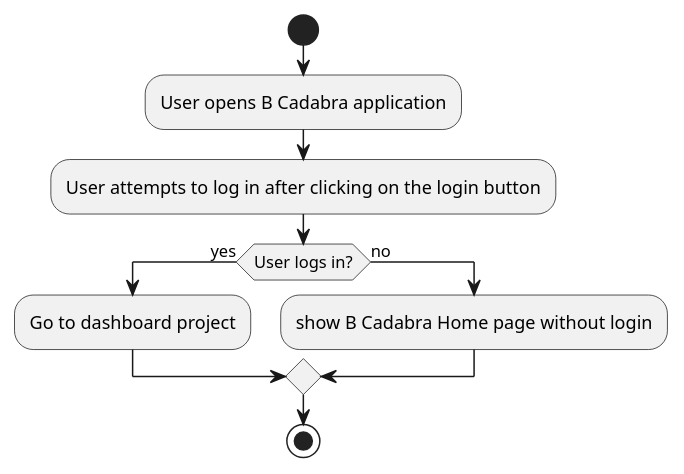
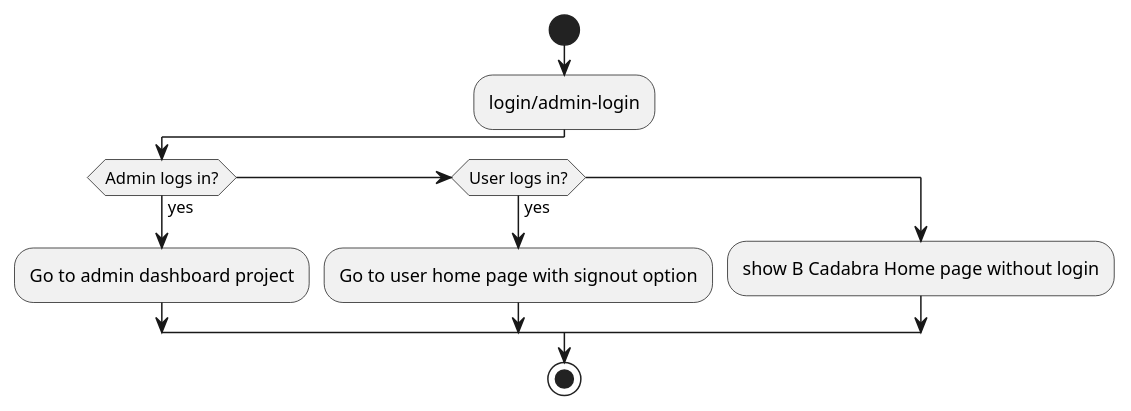
One commit to mkMohit1/Server changed the second of 3 diagrams in controllers/flowchart.puml. Above: the diagram before and after it, drawn with PlantUML. The commit also changed other lines of this file and 1 other file, not shown here.

```diff
--- a/controllers/flowchart.puml
+++ b/controllers/flowchart.puml
@@ -18,12 +18,13 @@
 @startuml
 start
-:User opens B Cadabra application;
-:User attempts to log in after clicking on the login button;
+:login/admin-login;
 
-if (User logs in?) then (yes)
-  :Go to dashboard project;
-else (no)
+if (Admin logs in?) then (yes)
+  :Go to admin dashboard project;
+else if(User logs in?) then (yes)
+    :Go to user home page with signout option;
+else
   :show B Cadabra Home page without login;
 endif
 stop
 @enduml
```
